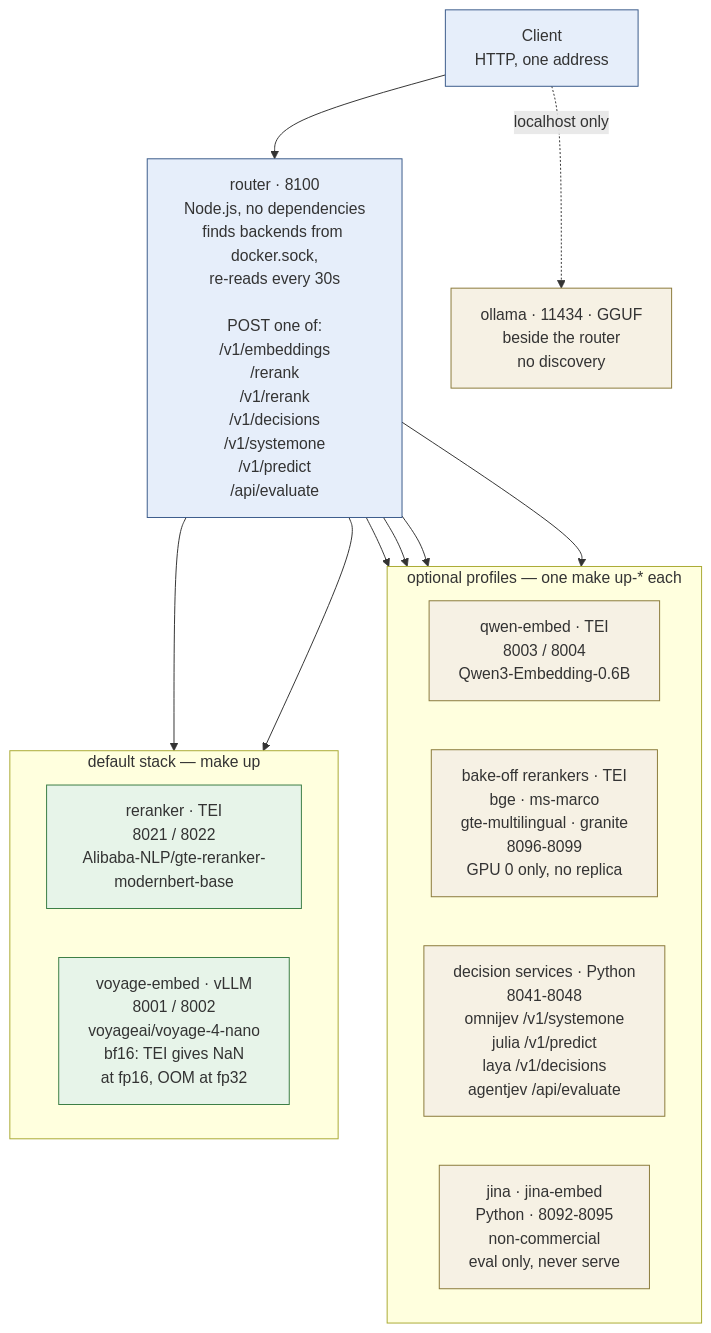
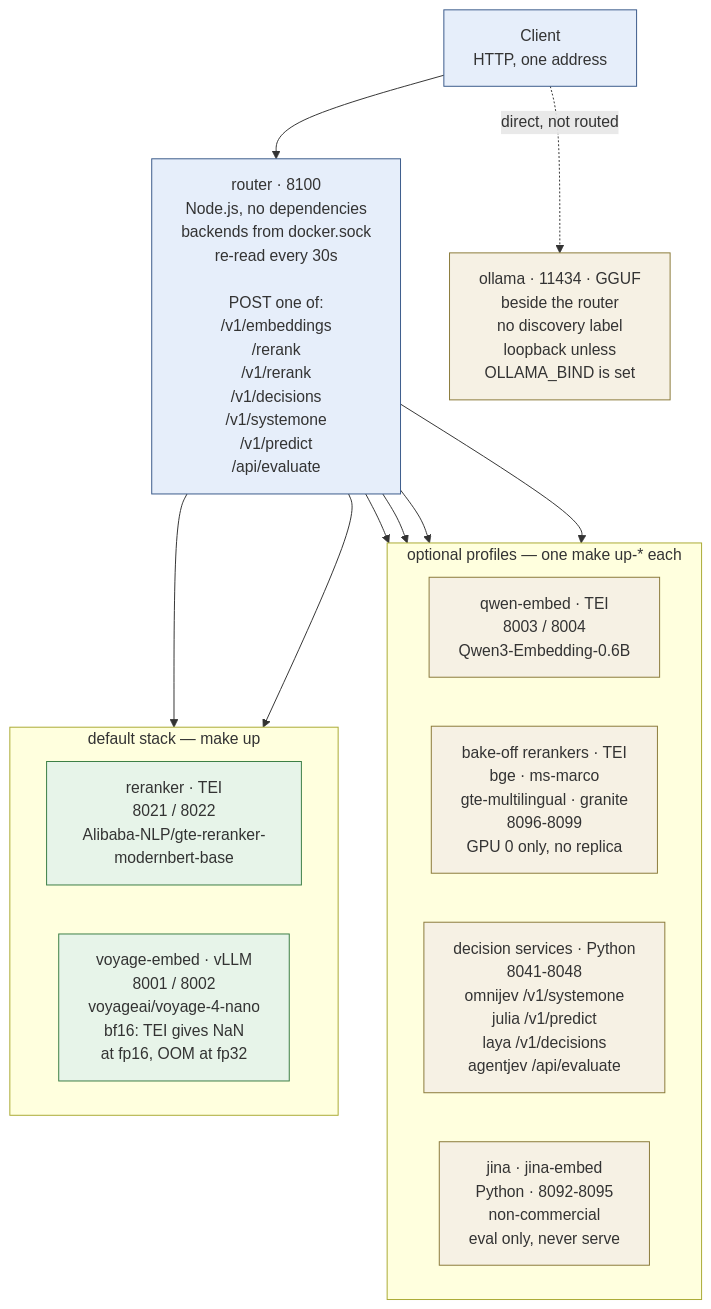
Before and after one commit to mihado/inference: the diagram in README.md, drawn with Mermaid. The commit also changed other lines of this file and 3 other files, not shown here.

````diff
--- a/README.md
+++ b/README.md
@@ -9,38 +9,38 @@
 ```mermaid
 flowchart TB
   client["Client<br/>HTTP, one address"]
 
-  router["router · 8100<br/>Node.js, no dependencies<br/>finds backends from docker.sock,<br/>re-reads every 30s<br/><br/>POST one of:<br/>/v1/embeddings<br/>/rerank<br/>/v1/rerank<br/>/v1/decisions<br/>/v1/systemone<br/>/v1/predict<br/>/api/evaluate"]
+  router["router · 8100<br/>Node.js, no dependencies<br/>backends from docker.sock<br/>re-read every 30s<br/><br/>POST one of:<br/>/v1/embeddings<br/>/rerank<br/>/v1/rerank<br/>/v1/decisions<br/>/v1/systemone<br/>/v1/predict<br/>/api/evaluate"]
 
   subgraph optional_profiles["optional profiles — one make up-* each"]
     direction LR
     qwen["qwen-embed · TEI<br/>8003 / 8004<br/>Qwen3-Embedding-0.6B"]
     bakeoff["bake-off rerankers · TEI<br/>bge · ms-marco<br/>gte-multilingual · granite<br/>8096-8099<br/>GPU 0 only, no replica"]
     dec["decision services · Python<br/>8041-8048<br/>omnijev /v1/systemone<br/>julia /v1/predict<br/>laya /v1/decisions<br/>agentjev /api/evaluate"]
     jina["jina · jina-embed<br/>Python · 8092-8095<br/>non-commercial<br/>eval only, never serve"]
   end
 
   subgraph default_stack["default stack — make up"]
     direction LR
     reranker["reranker · TEI<br/>8021 / 8022<br/>Alibaba-NLP/gte-reranker-modernbert-base"]
     voyage["voyage-embed · vLLM<br/>8001 / 8002<br/>voyageai/voyage-4-nano<br/>bf16: TEI gives NaN<br/>at fp16, OOM at fp32"]
   end
 
-  ollama["ollama · 11434 · GGUF<br/>beside the router<br/>no discovery"]
+  ollama["ollama · 11434 · GGUF<br/>beside the router<br/>no discovery label<br/>loopback unless<br/>OLLAMA_BIND is set"]
 
   router --> qwen
   router --> bakeoff
   router --> dec
   router --> jina
   router --> reranker
   router --> voyage
   client --> router
-  client -.->|"localhost only"| ollama
+  client -.->|"direct, not routed"| ollama
 
   classDef entry fill:#e6eefa,stroke:#3a5a8a
   classDef core fill:#e7f4e9,stroke:#3a7d44
   classDef extra fill:#f6f1e4,stroke:#8a7a3a
   class client,router entry
   class reranker,voyage core
   class qwen,bakeoff,dec,jina,ollama extra
 ```
````
